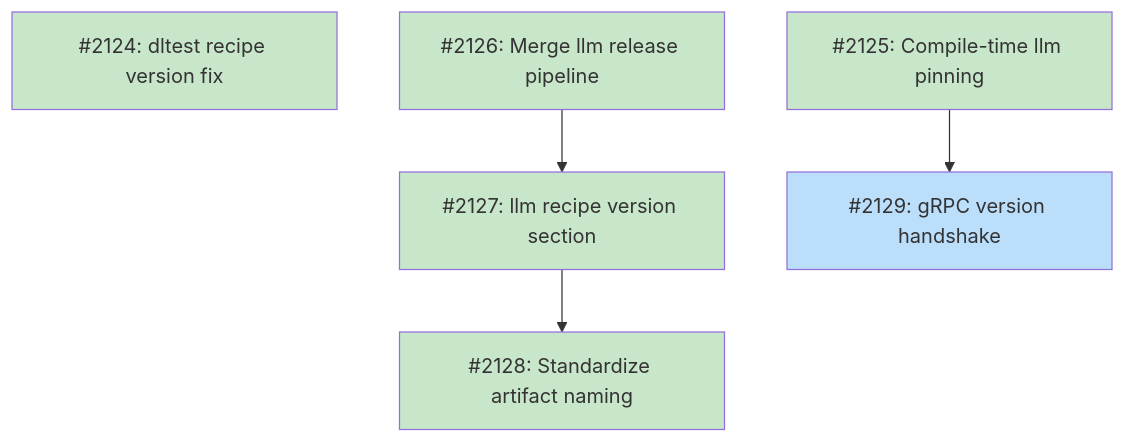
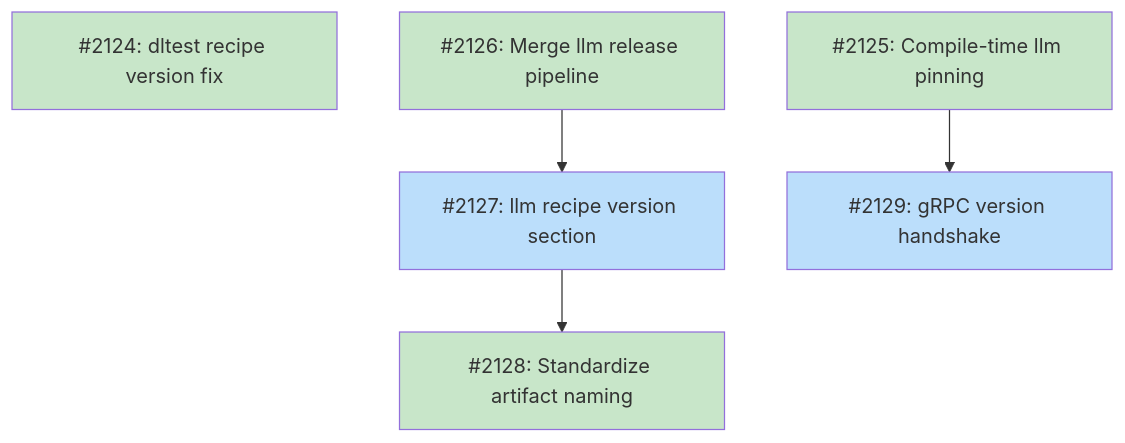
Before and after one commit to tsukumogami/tsuku: the diagram in docs/designs/DESIGN-unified-release-versioning.md, drawn with Mermaid. The commit also changed other lines of this file, not shown here.

Commit message:
fix(docs): correct diagram classes to match actual issue states
Only mark #2128 as done (closed by this PR). Keep #2127 as ready
since its PR (#2144) hasn't merged yet.

````diff
--- a/docs/designs/DESIGN-unified-release-versioning.md
+++ b/docs/designs/DESIGN-unified-release-versioning.md
@@ -286,20 +286,20 @@
 ```mermaid
 graph TD
     I2124["#2124: dltest recipe version fix"]
     I2125["#2125: Compile-time llm pinning"]
     I2126["#2126: Merge llm release pipeline"]
     I2127["#2127: llm recipe version section"]
     I2128["#2128: Standardize artifact naming"]
     I2129["#2129: gRPC version handshake"]
 
     I2126 --> I2127
     I2127 --> I2128
     I2125 --> I2129
 
     classDef done fill:#c8e6c9
     classDef ready fill:#bbdefb
     classDef blocked fill:#fff9c4
 
-    class I2124,I2125,I2126,I2127,I2128 done
-    class I2129 ready
+    class I2124,I2125,I2126,I2128 done
+    class I2127,I2129 ready
 ```
````
